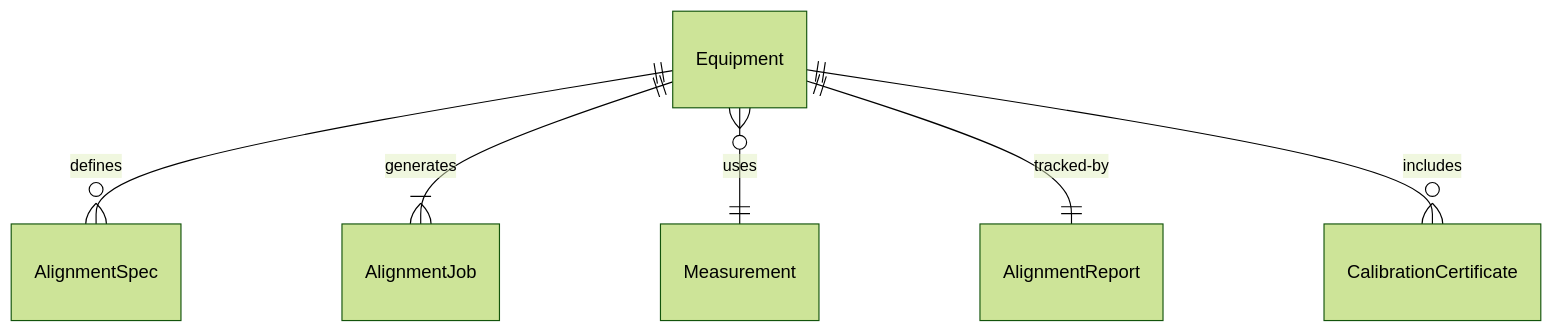
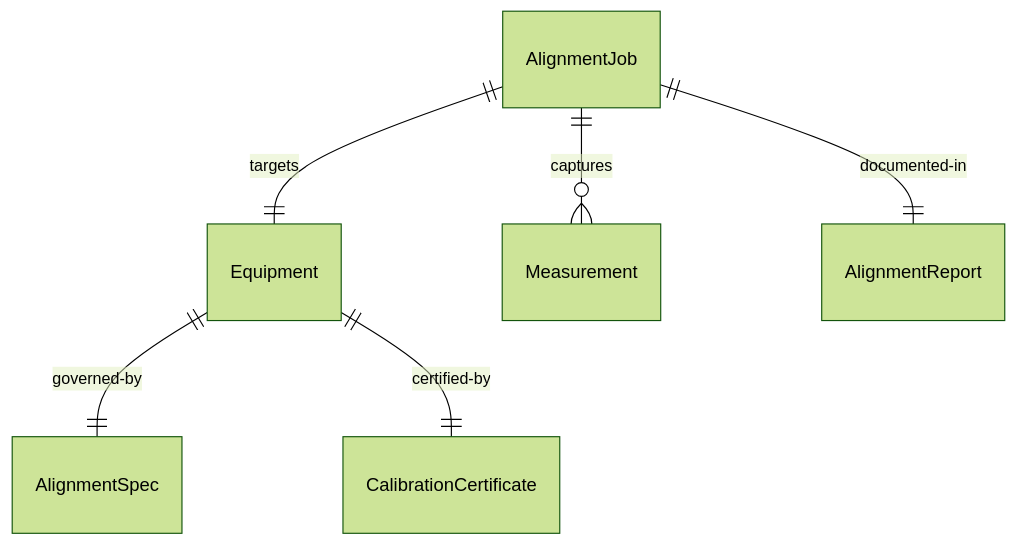
One commit to dot-org-ai/tasks.org.ai changed the first of 4 diagrams in HandlingAndMovingObjects/PositionMaterialsOrComponentsForAssembly/AlignEquipmentMachinery.mdx. Above: the diagram before and after it, drawn with Mermaid (forest theme). The commit also changed other lines of this file and 515 other files, not shown here.

````diff
--- a/HandlingAndMovingObjects/PositionMaterialsOrComponentsForAssembly/AlignEquipmentMachinery.mdx
+++ b/HandlingAndMovingObjects/PositionMaterialsOrComponentsForAssembly/AlignEquipmentMachinery.mdx
@@ -88,8 +88,8 @@
 ```mermaid
 erDiagram
-    Equipment ||--o{ AlignmentSpec : "defines"
-    Equipment ||--|{ AlignmentJob : "generates"
-    Equipment }o--|| Measurement : "uses"
-    Equipment ||--|| AlignmentReport : "tracked-by"
-    Equipment ||--o{ CalibrationCertificate : "includes"
+    Equipment ||--|| AlignmentSpec : "governed-by"
+    AlignmentJob ||--|| Equipment : "targets"
+    AlignmentJob ||--o{ Measurement : "captures"
+    AlignmentJob ||--|| AlignmentReport : "documented-in"
+    Equipment ||--|| CalibrationCertificate : "certified-by"
 ```
````
